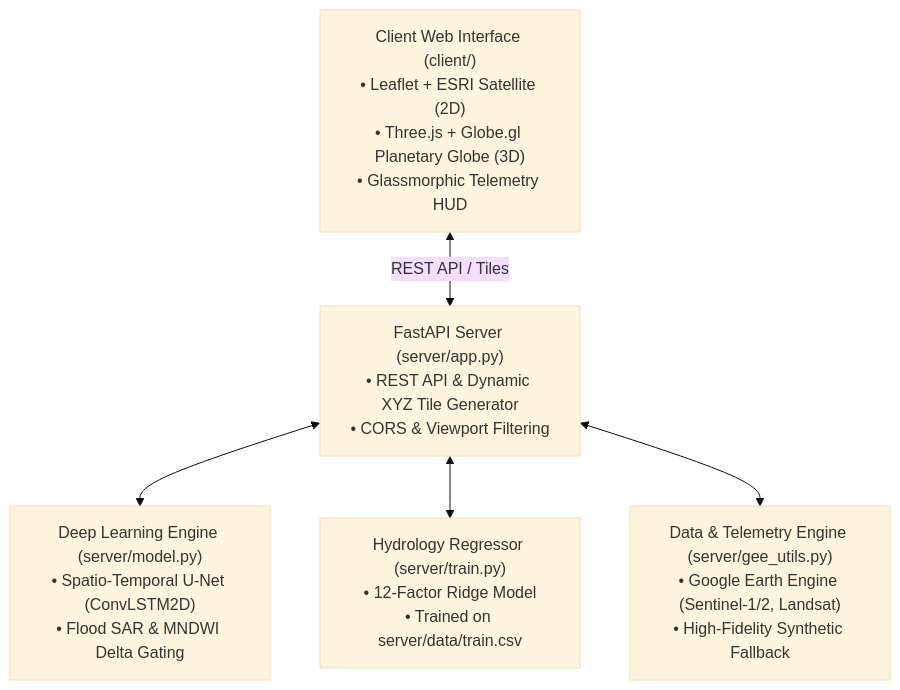
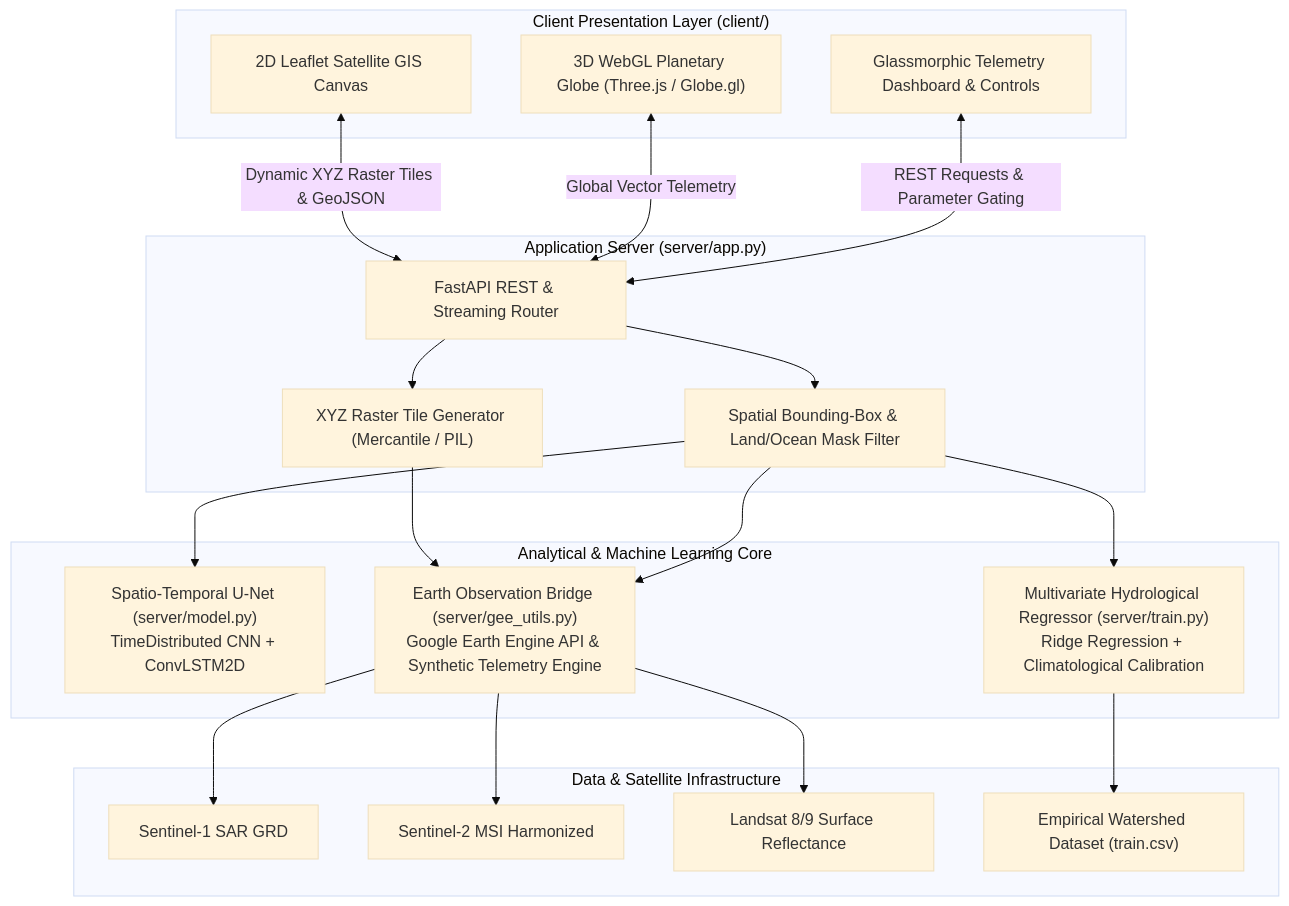
One commit to xylium117/ecopulse changed the diagram in README.md. Above: the diagram before and after it, drawn with Mermaid (base theme). The commit also changed other lines of this file, not shown here.

Commit message:
docs: overhaul README with comprehensive technical and architectural specification

````diff
--- a/README.md
+++ b/README.md
@@ -52,17 +125,44 @@
 ```mermaid
 graph TD
-    Client["Client Web Interface (client/)<br>• Leaflet + ESRI Satellite (2D)<br>• Three.js + Globe.gl Planetary Globe (3D)<br>• Glassmorphic Telemetry HUD"]
-    
-    API["FastAPI Server (server/app.py)<br>• REST API & Dynamic XYZ Tile Generator<br>• CORS & Viewport Filtering"]
-    
-    DL["Deep Learning Engine (server/model.py)<br>• Spatio-Temporal U-Net (ConvLSTM2D)<br>• Flood SAR & MNDWI Delta Gating"]
-    
-    Hydro["Hydrology Regressor (server/train.py)<br>• 12-Factor Ridge Model<br>• Trained on server/data/train.csv"]
-    
-    GEE["Data & Telemetry Engine (server/gee_utils.py)<br>• Google Earth Engine (Sentinel-1/2, Landsat)<br>• High-Fidelity Synthetic Fallback"]
-    
-    Client <-->|REST API / Tiles| API
-    API <--> DL
-    API <--> Hydro
-    API <--> GEE
+    subgraph Client ["Client Presentation Layer (client/)"]
+        UI2D["2D Leaflet Satellite GIS Canvas"]
+        UI3D["3D WebGL Planetary Globe (Three.js / Globe.gl)"]
+        HUD["Glassmorphic Telemetry Dashboard & Controls"]
+    end
+
+    subgraph API ["Application Server (server/app.py)"]
+        Router["FastAPI REST & Streaming Router"]
+        TileEngine["XYZ Raster Tile Generator (Mercantile / PIL)"]
+        ViewportFilter["Spatial Bounding-Box & Land/Ocean Mask Filter"]
+    end
+
+    subgraph Analytics ["Analytical & Machine Learning Core"]
+        UNet["Spatio-Temporal U-Net (server/model.py)<br/>TimeDistributed CNN + ConvLSTM2D"]
+        Hydro["Multivariate Hydrological Regressor (server/train.py)<br/>Ridge Regression + Climatological Calibration"]
+        GEE["Earth Observation Bridge (server/gee_utils.py)<br/>Google Earth Engine API & Synthetic Telemetry Engine"]
+    end
+
+    subgraph Data ["Data & Satellite Infrastructure"]
+        S1["Sentinel-1 SAR GRD"]
+        S2["Sentinel-2 MSI Harmonized"]
+        L8["Landsat 8/9 Surface Reflectance"]
+        CSV["Empirical Watershed Dataset (train.csv)"]
+    end
+
+    UI2D <-->|Dynamic XYZ Raster Tiles & GeoJSON| Router
+    UI3D <-->|Global Vector Telemetry| Router
+    HUD <-->|REST Requests & Parameter Gating| Router
+
+    Router --> TileEngine
+    Router --> ViewportFilter
+
+    TileEngine --> GEE
+    ViewportFilter --> UNet
+    ViewportFilter --> Hydro
+    ViewportFilter --> GEE
+
+    GEE --> S1
+    GEE --> S2
+    GEE --> L8
+    Hydro --> CSV
 ```
````
